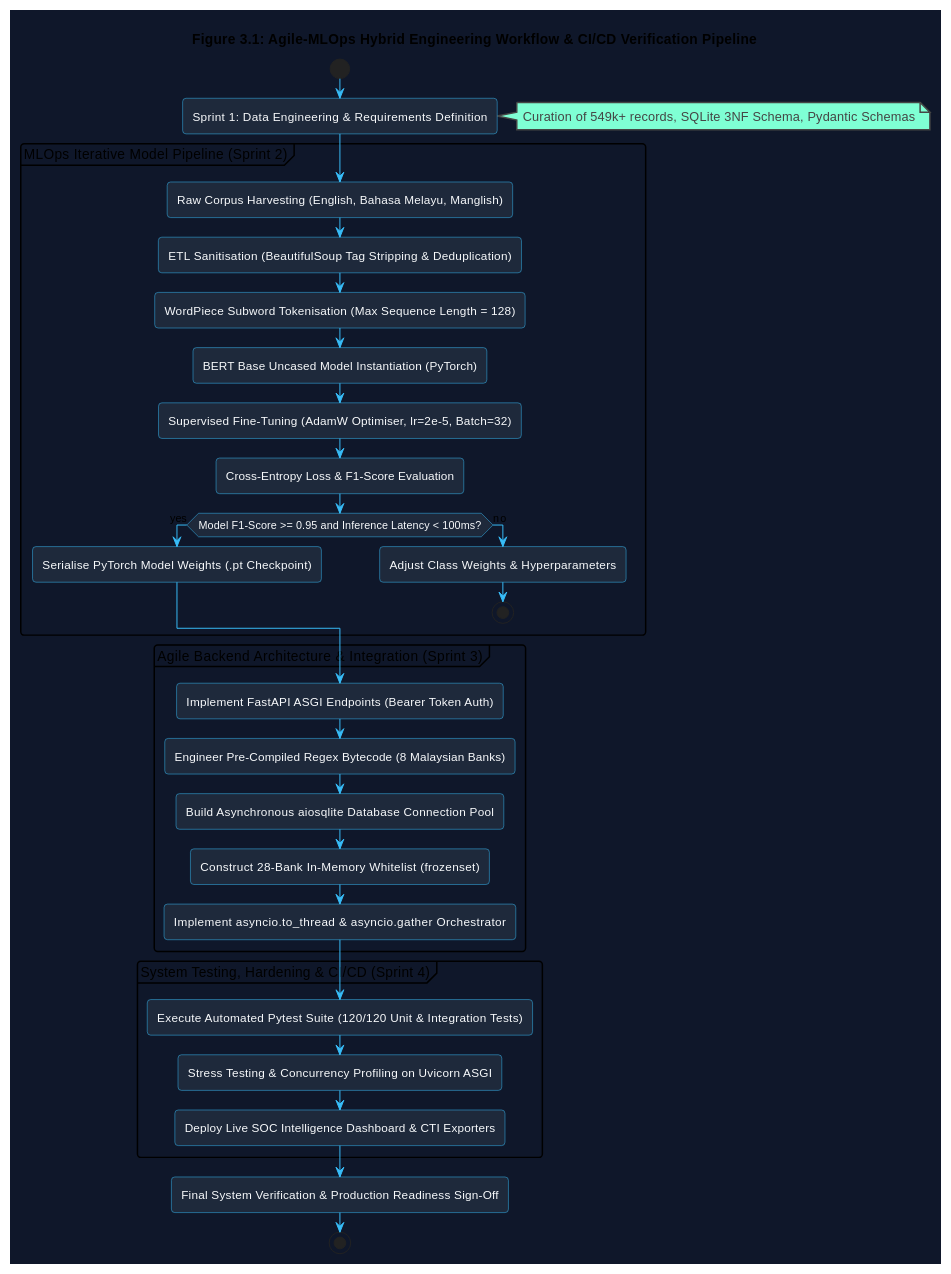
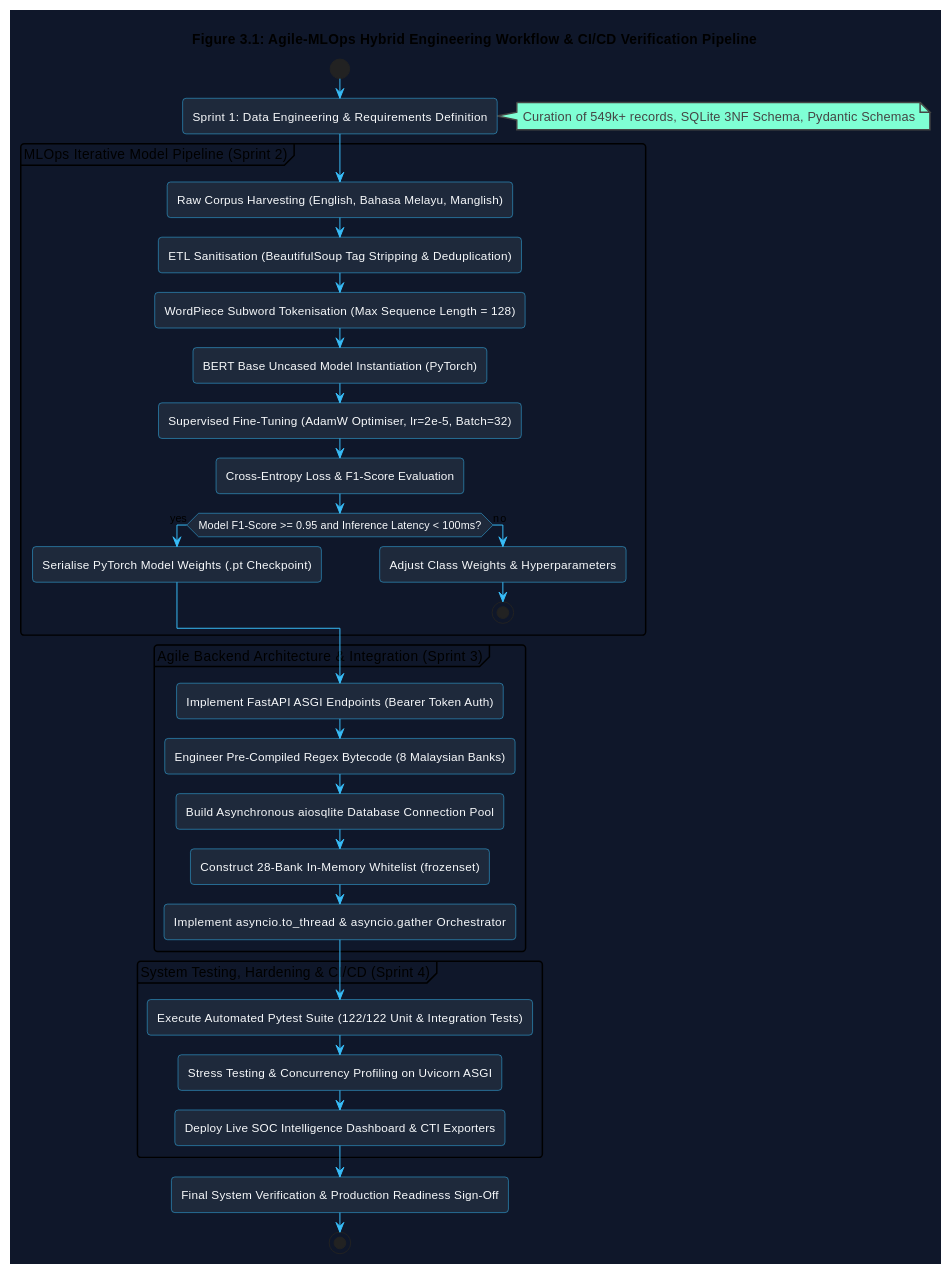
One commit to KunTheNoobie/PhishGuard-AI-Complete changed the first of 4 diagrams in report/Chapter_3_Methodology.md. Above: the diagram before and after it, drawn with PlantUML. The commit also changed other lines of this file and 15 other files, not shown here.

Commit message:
feat(p2): finalize project 2 dissertation, 122 CI/CD tests, dual API schemas, quishing forensics, and corroborated threat logic

````diff
--- a/report/Chapter_3_Methodology.md
+++ b/report/Chapter_3_Methodology.md
@@ -48,49 +48,49 @@
 ```plantuml
 @startuml Agile_MLOps_Detailed_Chapter_3
 !theme vibrant
 skinparam backgroundColor #0f172a
 skinparam ArrowColor #38bdf8
 skinparam ActivityBorderColor #38bdf8
 skinparam ActivityBackgroundColor #1e293b
 skinparam ActivityFontColor #f8fafc
 
 title Figure 3.1: Agile-MLOps Hybrid Engineering Workflow & CI/CD Verification Pipeline
 
 start
 :Sprint 1: Data Engineering & Requirements Definition;
 note right: Curation of 549k+ records, SQLite 3NF Schema, Pydantic Schemas
 
 partition "MLOps Iterative Model Pipeline (Sprint 2)" {
     :Raw Corpus Harvesting (English, Bahasa Melayu, Manglish);
     :ETL Sanitisation (BeautifulSoup Tag Stripping & Deduplication);
     :WordPiece Subword Tokenisation (Max Sequence Length = 128);
     :BERT Base Uncased Model Instantiation (PyTorch);
     :Supervised Fine-Tuning (AdamW Optimiser, lr=2e-5, Batch=32);
     :Cross-Entropy Loss & F1-Score Evaluation;
     if (Model F1-Score >= 0.95 and Inference Latency < 100ms?) then (yes)
         :Serialise PyTorch Model Weights (.pt Checkpoint);
     else (no)
         :Adjust Class Weights & Hyperparameters;
         stop
     endif
 }
 
 partition "Agile Backend Architecture & Integration (Sprint 3)" {
     :Implement FastAPI ASGI Endpoints (Bearer Token Auth);
     :Engineer Pre-Compiled Regex Bytecode (8 Malaysian Banks);
     :Build Asynchronous aiosqlite Database Connection Pool;
     :Construct 28-Bank In-Memory Whitelist (frozenset);
     :Implement asyncio.to_thread & asyncio.gather Orchestrator;
 }
 
 partition "System Testing, Hardening & CI/CD (Sprint 4)" {
-    :Execute Automated Pytest Suite (120/120 Unit & Integration Tests);
+    :Execute Automated Pytest Suite (122/122 Unit & Integration Tests);
     :Stress Testing & Concurrency Profiling on Uvicorn ASGI;
     :Deploy Live SOC Intelligence Dashboard & CTI Exporters;
 }
 
 :Final System Verification & Production Readiness Sign-Off;
 stop
 
 @enduml
 ```
````
